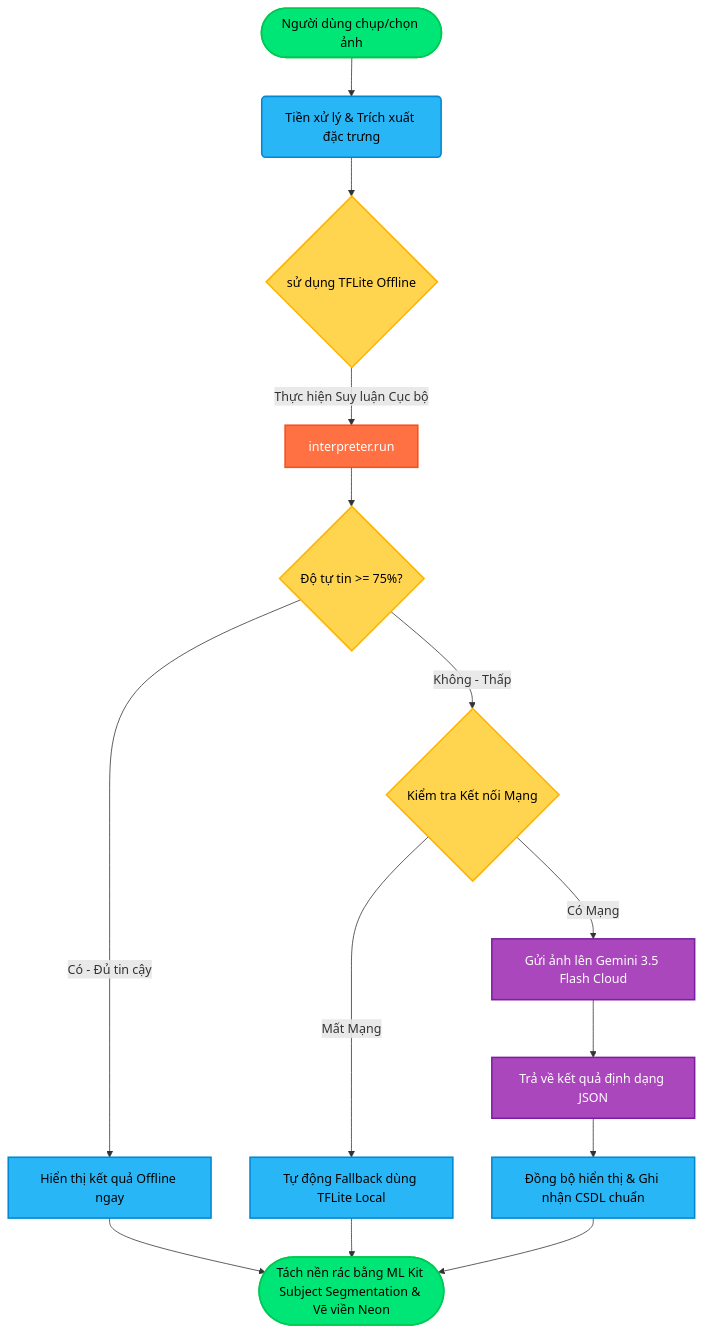
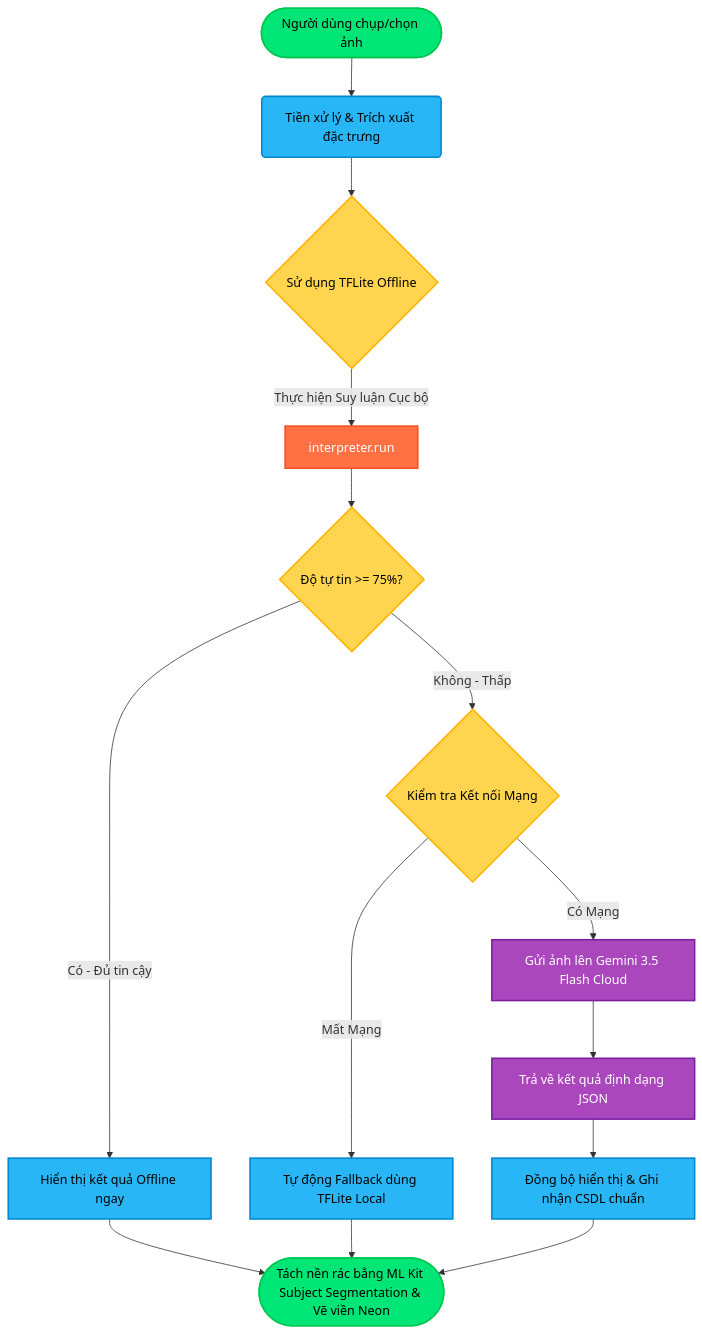
One commit to gbao86/AI_Garbage_Classification_Application changed the second of 2 diagrams in README.md. Above: the diagram before and after it, drawn with Mermaid. The commit also changed other lines of this file, not shown here.

Commit message:
docs: add Mermaid sequence diagrams and interactive accordions to README.md

````diff
--- a/README.md
+++ b/README.md
@@ -22,34 +64,33 @@
 ```mermaid
 graph TD
-    %% Định nghĩa Style cho sơ đồ %%
     classDef startEnd fill:#00E676,stroke:#00C853,stroke-width:2px,color:#000;
     classDef process fill:#29B6F6,stroke:#0288D1,stroke-width:2px,color:#000;
     classDef decision fill:#FFD54F,stroke:#FFB300,stroke-width:2px,color:#000;
     classDef cloud fill:#AB47BC,stroke:#7B1FA2,stroke-width:2px,color:#fff;
     classDef local fill:#FF7043,stroke:#F4511E,stroke-width:2px,color:#fff;
 
     A([Người dùng chụp/chọn ảnh]) --> B(Tiền xử lý & Trích xuất đặc trưng)
-    B --> C{sử dụng TFLite Offline}:::decision
+    B --> C{Sử dụng TFLite Offline}:::decision
     
     C -->|Thực hiện Suy luận Cục bộ| D[interpreter.run]:::local
     D --> E{Độ tự tin >= 75%?}:::decision
     
     E -->|Có - Đủ tin cậy| F[Hiển thị kết quả Offline ngay]:::process
     E -->|Không - Thấp| G{Kiểm tra Kết nối Mạng}:::decision
     
     G -->|Có Mạng| H[Gửi ảnh lên Gemini 3.5 Flash Cloud]:::cloud
     G -->|Mất Mạng| I[Tự động Fallback dùng TFLite Local]:::process
     
     H --> J[Trả về kết quả định dạng JSON]:::cloud
     J --> K[Đồng bộ hiển thị & Ghi nhận CSDL chuẩn]:::process
     
     F --> L([Tách nền rác bằng ML Kit Subject Segmentation & Vẽ viền Neon])
     I --> L
     K --> L
     
     class A,L startEnd;
     class B,F,I,K process;
     class C,E,G decision;
     class H,J cloud;
     class D local;
 ```
````
